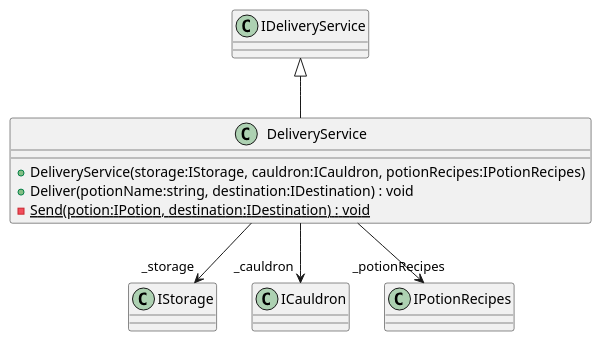
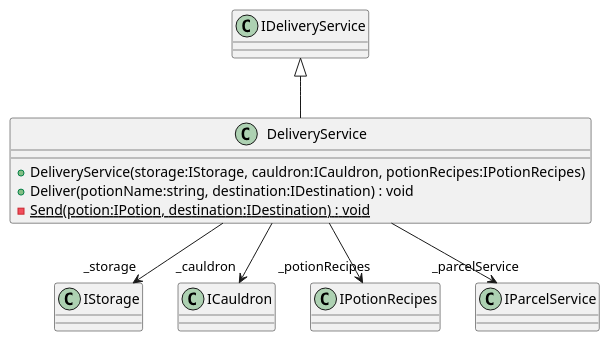
The diagram in examples/PotionDeliveryService/PotionDeliveryService/plantuml/PotionDeliveryService/DeliveryService.puml (Twizzar/Twizzar), drawn with PlantUML before and after one commit. The commit also changed 27 other files, not shown here.

```diff
--- a/examples/PotionDeliveryService/PotionDeliveryService/plantuml/PotionDeliveryService/DeliveryService.puml
+++ b/examples/PotionDeliveryService/PotionDeliveryService/plantuml/PotionDeliveryService/DeliveryService.puml
@@ -1,11 +1,12 @@
 @startuml
 class DeliveryService {
     + DeliveryService(storage:IStorage, cauldron:ICauldron, potionRecipes:IPotionRecipes)
     + Deliver(potionName:string, destination:IDestination) : void
     - {static} Send(potion:IPotion, destination:IDestination) : void
 }
 IDeliveryService <|-- DeliveryService
 DeliveryService --> "_storage" IStorage
 DeliveryService --> "_cauldron" ICauldron
 DeliveryService --> "_potionRecipes" IPotionRecipes
+DeliveryService --> "_parcelService" IParcelService
 @enduml
```
